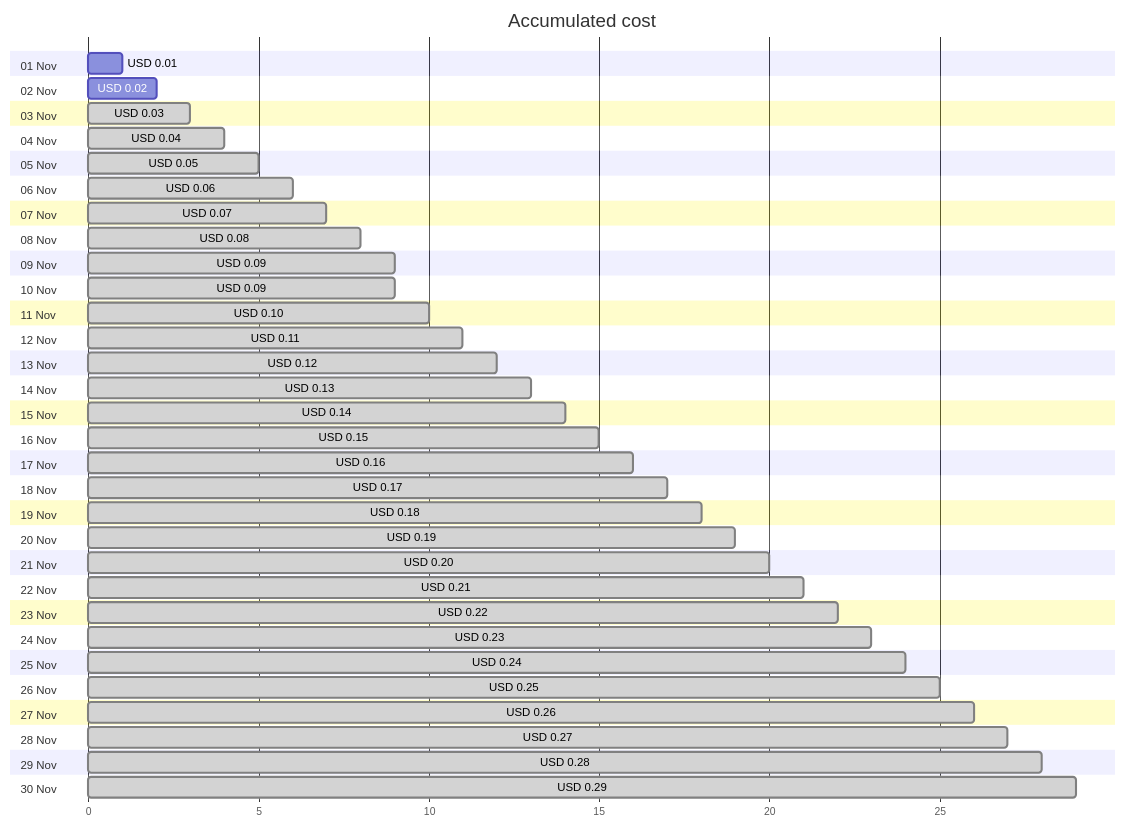
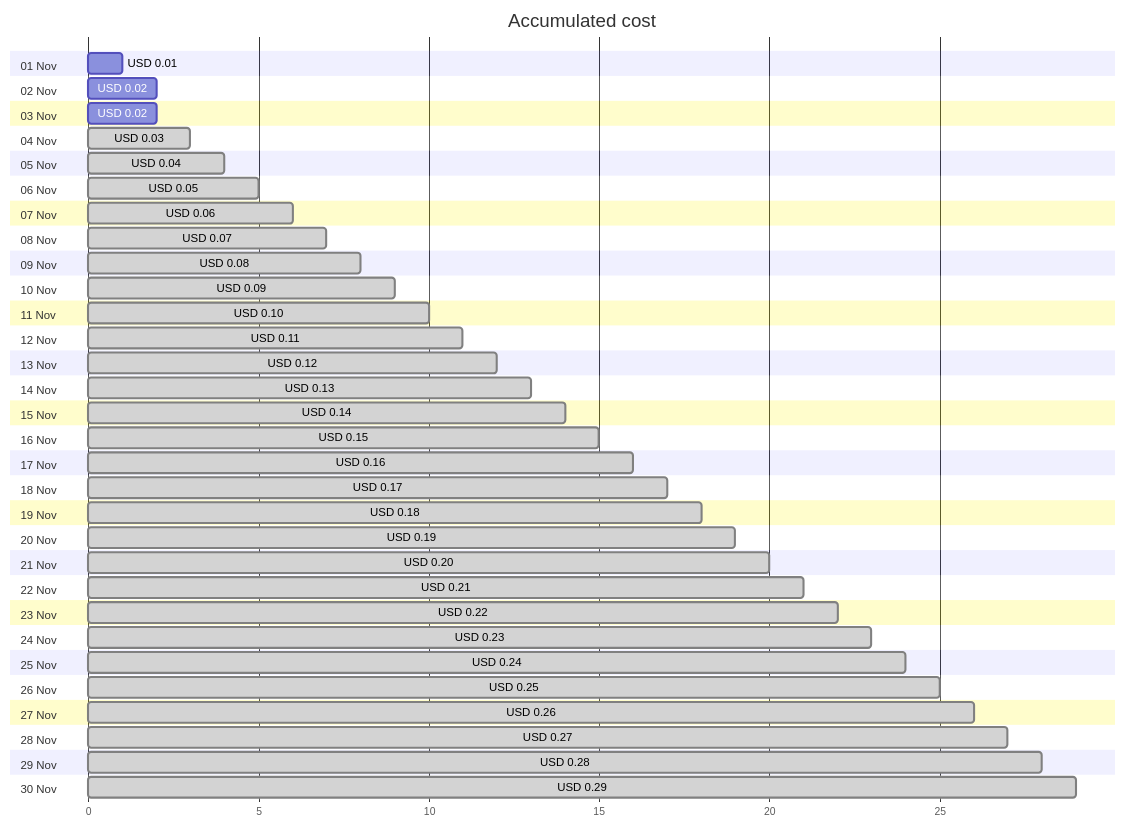
Before and after one commit to jpfulton/azure-personal-reports: the first of 4 diagrams in cost-reports/cloud-shell-storage-eastus/README.md, drawn with Mermaid. The commit also changed other lines of this file and 1 other file, not shown here.

````diff
--- a/cost-reports/cloud-shell-storage-eastus/README.md
+++ b/cost-reports/cloud-shell-storage-eastus/README.md
@@ -20,66 +20,66 @@
 ```mermaid
 gantt
    title Accumulated cost
    dateFormat  X
    axisFormat %s
    section 01 Nov
    USD 0.01 :0, 1
    section 02 Nov
    USD 0.02 :0, 2
    section 03 Nov
+   USD 0.02 :0, 2
+   section 04 Nov
    USD 0.03 : done, 0, 3
-   section 04 Nov
+   section 05 Nov
    USD 0.04 : done, 0, 4
-   section 05 Nov
+   section 06 Nov
    USD 0.05 : done, 0, 5
-   section 06 Nov
+   section 07 Nov
    USD 0.06 : done, 0, 6
-   section 07 Nov
+   section 08 Nov
    USD 0.07 : done, 0, 7
-   section 08 Nov
+   section 09 Nov
    USD 0.08 : done, 0, 8
-   section 09 Nov
-   USD 0.09 : done, 0, 9
    section 10 Nov
    USD 0.09 : done, 0, 9
    section 11 Nov
    USD 0.10 : done, 0, 10
    section 12 Nov
    USD 0.11 : done, 0, 11
    section 13 Nov
    USD 0.12 : done, 0, 12
    section 14 Nov
    USD 0.13 : done, 0, 13
    section 15 Nov
    USD 0.14 : done, 0, 14
    section 16 Nov
    USD 0.15 : done, 0, 15
    section 17 Nov
    USD 0.16 : done, 0, 16
    section 18 Nov
    USD 0.17 : done, 0, 17
    section 19 Nov
    USD 0.18 : done, 0, 18
    section 20 Nov
    USD 0.19 : done, 0, 19
    section 21 Nov
    USD 0.20 : done, 0, 20
    section 22 Nov
    USD 0.21 : done, 0, 21
    section 23 Nov
    USD 0.22 : done, 0, 22
    section 24 Nov
    USD 0.23 : done, 0, 23
    section 25 Nov
    USD 0.24 : done, 0, 24
    section 26 Nov
    USD 0.25 : done, 0, 25
    section 27 Nov
    USD 0.26 : done, 0, 26
    section 28 Nov
    USD 0.27 : done, 0, 27
    section 29 Nov
    USD 0.28 : done, 0, 28
    section 30 Nov
    USD 0.29 : done, 0, 29
 ```
````
